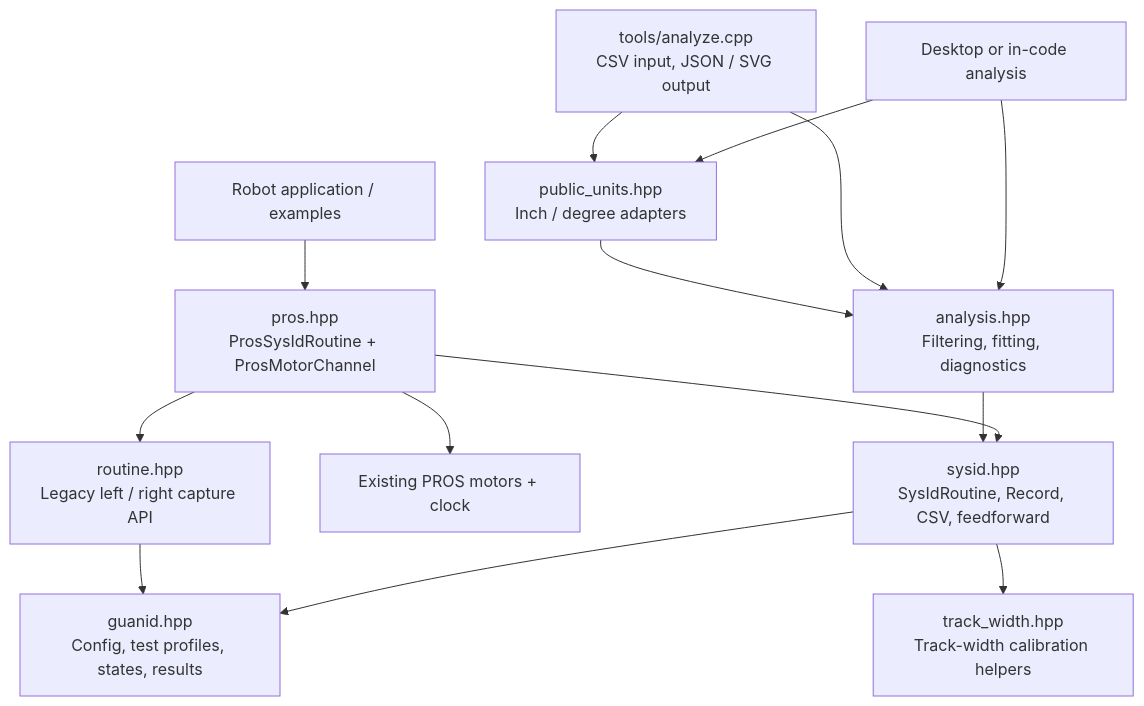
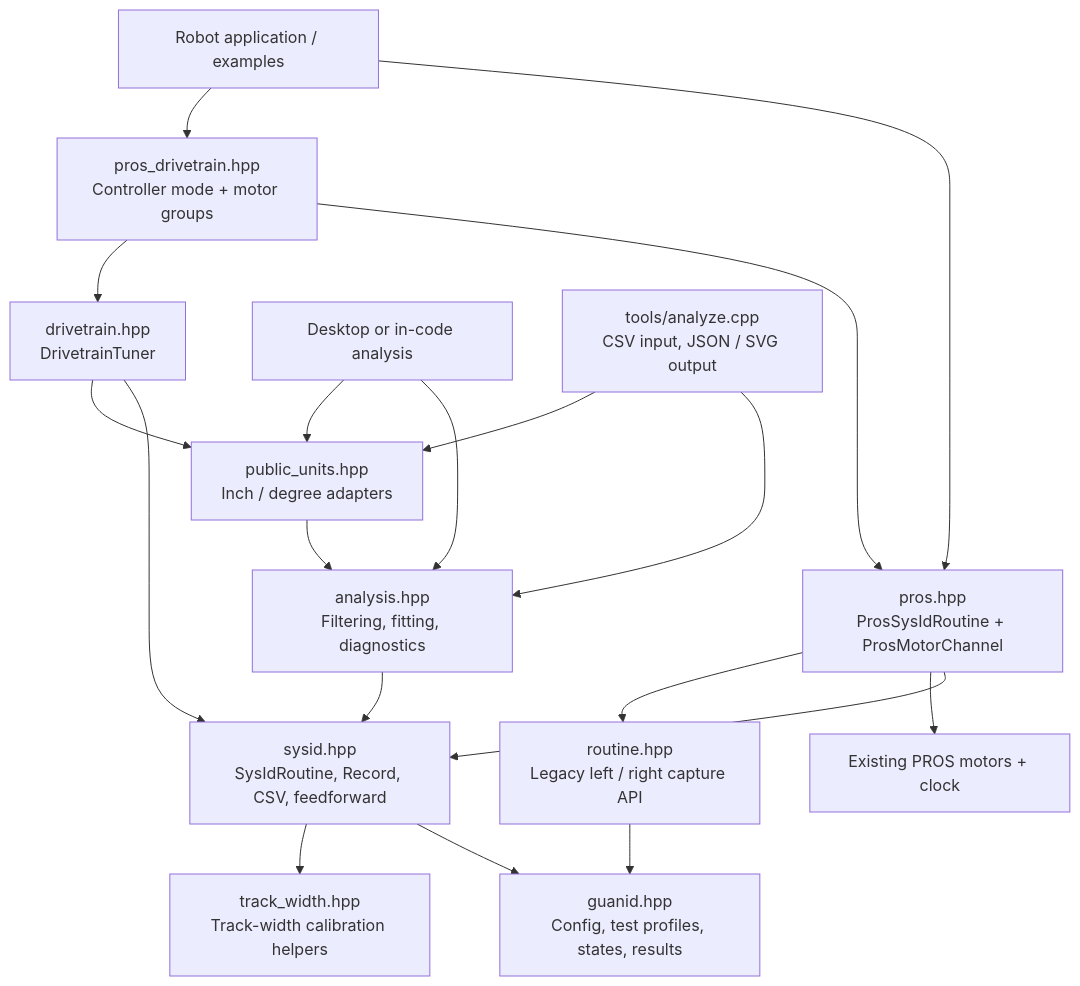
One commit to RandomPerson5571/guanid changed the first of 3 diagrams in docs/code-map.md. Above: the diagram before and after it, drawn with Mermaid. The commit also changed other lines of this file and 21 other files, not shown here.

First line of the commit message:
Add API documentation for capture, core, drivetrain, pros, and track-width modules

````diff
--- a/docs/code-map.md
+++ b/docs/code-map.md
@@ -9,16 +9,21 @@
 ```mermaid
 flowchart TD
     Robot["Robot application / examples"] --> Pros["pros.hpp<br/>ProsSysIdRoutine + ProsMotorChannel"]
     Pros --> Engine["sysid.hpp<br/>SysIdRoutine, Record, CSV, feedforward"]
+    Robot --> Mode["pros_drivetrain.hpp<br/>Controller mode + motor groups"]
+    Mode --> Pros
+    Mode --> Tuner["drivetrain.hpp<br/>DrivetrainTuner"]
+    Tuner --> Engine
+    Tuner --> Units
     Pros --> Hardware["Existing PROS motors + clock"]
     Engine --> Base["guanid.hpp<br/>Config, test profiles, states, results"]
     App["Desktop or in-code analysis"] --> Analysis["analysis.hpp<br/>Filtering, fitting, diagnostics"]
     CLI["tools/analyze.cpp<br/>CSV input, JSON / SVG output"] --> Analysis
     App --> Units["public_units.hpp<br/>Inch / degree adapters"]
     CLI --> Units
     Units --> Analysis
     Analysis --> Engine
     Engine --> Track["track_width.hpp<br/>Track-width calibration helpers"]
     Pros --> Legacy["routine.hpp<br/>Legacy left / right capture API"]
     Legacy --> Base
 ```
````
